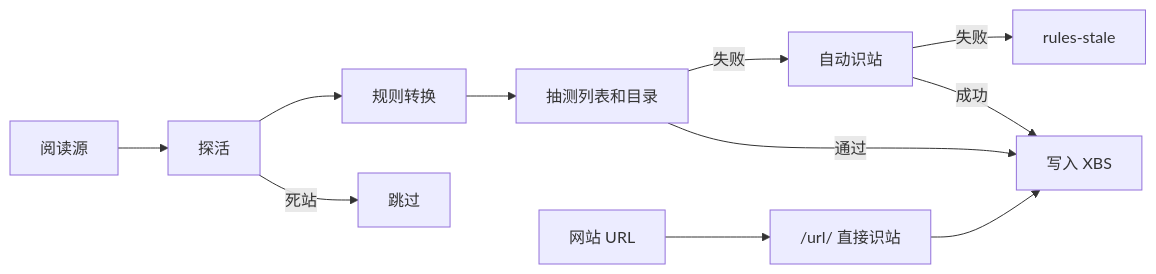
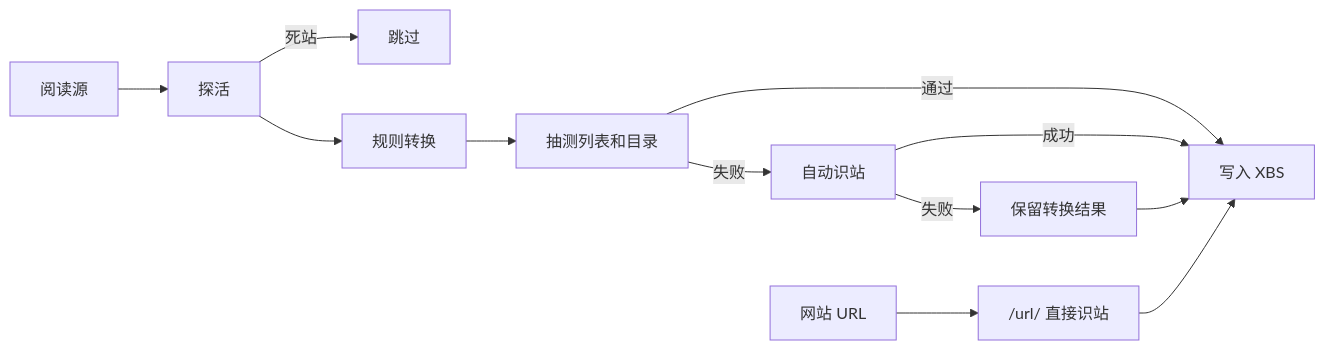
One commit to baixiaoshengofficial/read2xsgg changed the diagram in README.md. Above: the diagram before and after it, drawn with Mermaid. The commit also changed other lines of this file and 8 other files, not shown here.

First line of the commit message:
feat: soft-keep failed verifies, enable /source analyze fallback

````diff
--- a/README.md
+++ b/README.md
@@ -239,13 +239,14 @@
 ```mermaid
 flowchart LR
   legado[阅读源] --> probe[探活]
   probe -->|死站| skip1[跳过]
   probe --> convert[规则转换]
   convert --> verify[抽测列表和目录]
   verify -->|通过| xbs[写入 XBS]
   verify -->|失败| analyze[自动识站]
   analyze -->|成功| xbs
-  analyze -->|失败| skip2[rules-stale]
+  analyze -->|失败| soft[保留转换结果]
+  soft --> xbs
   siteUrl[网站 URL] --> analyzeDirect["/url/ 直接识站"]
   analyzeDirect --> xbs
 ```
````
